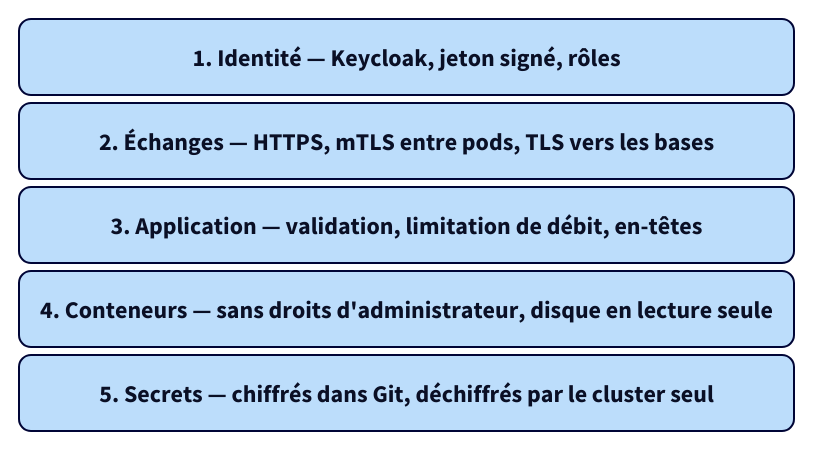
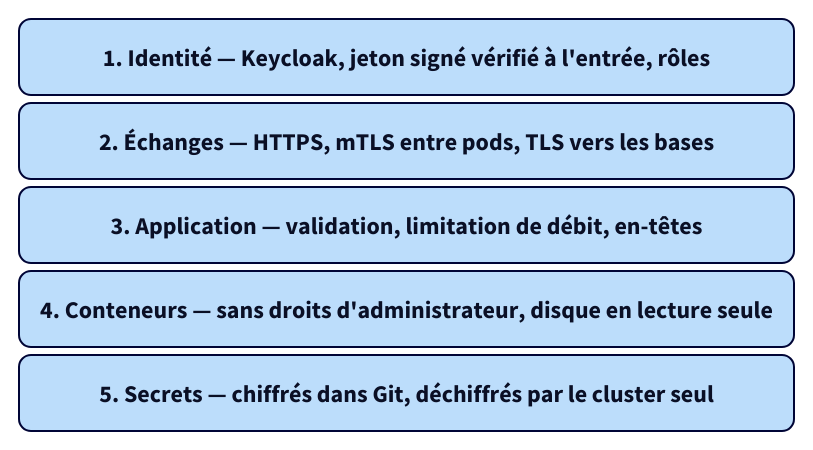
One commit to kitaah/pme changed the diagram in docs/securite/index.md. Above: the diagram before and after it, drawn with D2. The commit also changed other lines of this file and 17 other files, not shown here.

````diff
--- a/docs/securite/index.md
+++ b/docs/securite/index.md
@@ -35,31 +35,31 @@
 ```d2
 vars: {
   d2-config: {
     layout-engine: elk
     theme-id: 5
     pad: 8
   }
 }
 
 # Mise en forme commune : texte lisible à la largeur de la page, angles arrondis
 classes: {
   boite: {
     style: {
       font-size: 24
       border-radius: 12
     }
   }
 }
 
 couches: "" {
   grid-rows: 5
   grid-gap: 8
   style.opacity: 0
 
-  identite: "1. Identité — Keycloak, jeton signé, rôles" {class: boite}
+  identite: "1. Identité — Keycloak, jeton signé vérifié à l'entrée, rôles" {class: boite}
   echanges: "2. Échanges — HTTPS, mTLS entre pods, TLS vers les bases" {class: boite}
   application: "3. Application — validation, limitation de débit, en-têtes" {class: boite}
   conteneurs: "4. Conteneurs — sans droits d'administrateur, disque en lecture seule" {class: boite}
   secrets: "5. Secrets — chiffrés dans Git, déchiffrés par le cluster seul" {class: boite}
 }
 ```
````
